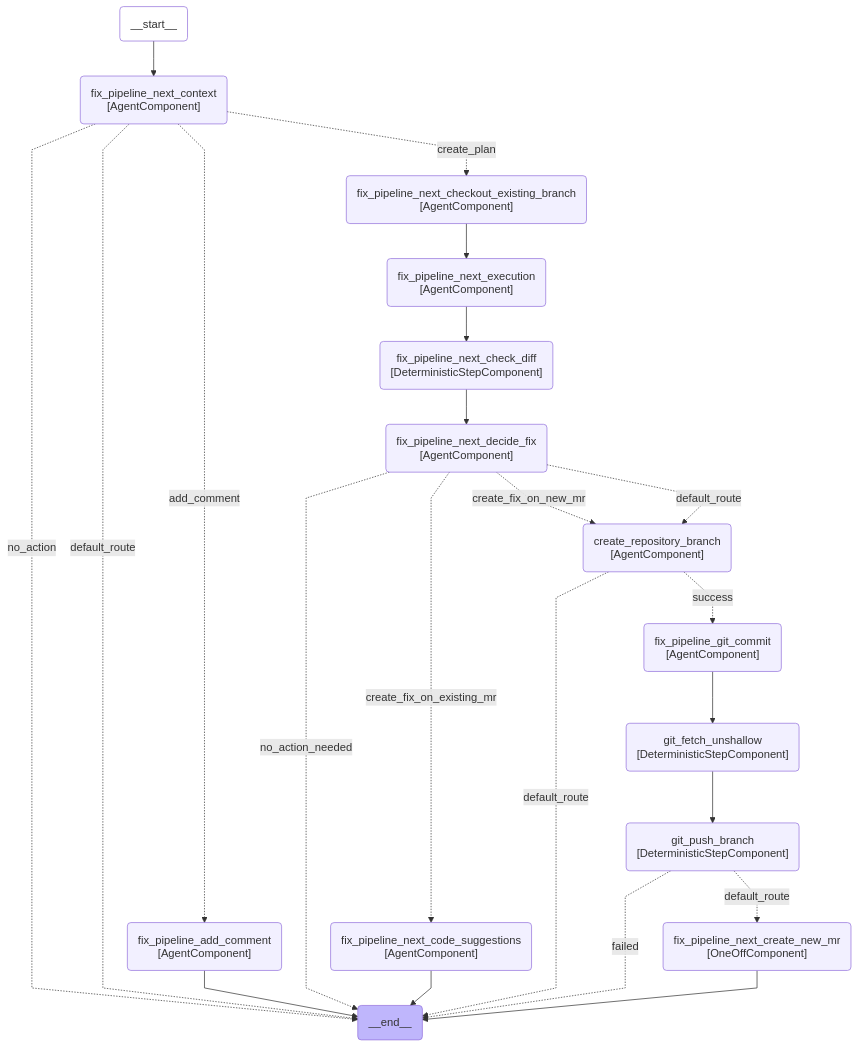
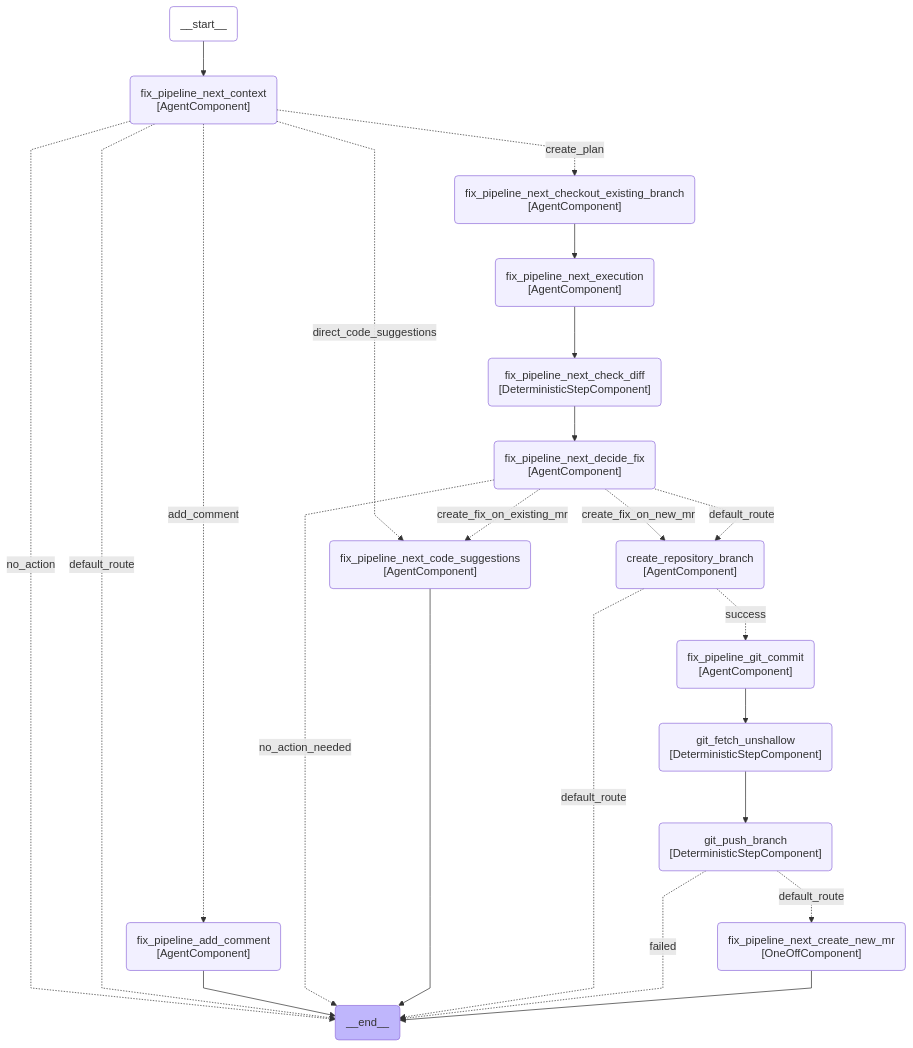
Before and after one commit to movax01h/ai-gateway: diagram 17 of 24 in docs/duo_workflow_service_graphs.md, drawn with Mermaid. The commit also changed 5 other files, not shown here.

Commit message:
fix(fix-pipeline-next): confidence-based routing for direct code suggestions

````diff
--- a/docs/duo_workflow_service_graphs.md
+++ b/docs/duo_workflow_service_graphs.md
@@ -483,46 +483,47 @@
 ```mermaid
 ---
 config:
     flowchart:
         curve: linear
 ---
 graph TD;
     __start__(__start__):::first;
     __end__(__end__):::last;
     __start__ --> fix_pipeline_next_context;
     fix_pipeline_next_context(fix_pipeline_next_context<br>#91;AgentComponent#93;);
     fix_pipeline_next_decide_fix(fix_pipeline_next_decide_fix<br>#91;AgentComponent#93;);
     fix_pipeline_next_code_suggestions(fix_pipeline_next_code_suggestions<br>#91;AgentComponent#93;);
     fix_pipeline_add_comment(fix_pipeline_add_comment<br>#91;AgentComponent#93;);
     create_repository_branch(create_repository_branch<br>#91;AgentComponent#93;);
     fix_pipeline_next_checkout_existing_branch(fix_pipeline_next_checkout_existing_branch<br>#91;AgentComponent#93;);
     fix_pipeline_next_check_diff(fix_pipeline_next_check_diff<br>#91;DeterministicStepComponent#93;);
     fix_pipeline_next_execution(fix_pipeline_next_execution<br>#91;AgentComponent#93;);
     fix_pipeline_git_commit(fix_pipeline_git_commit<br>#91;AgentComponent#93;);
     git_fetch_unshallow(git_fetch_unshallow<br>#91;DeterministicStepComponent#93;);
     git_push_branch(git_push_branch<br>#91;DeterministicStepComponent#93;);
     fix_pipeline_next_create_new_mr(fix_pipeline_next_create_new_mr<br>#91;OneOffComponent#93;);
     fix_pipeline_next_context -.->|add_comment| fix_pipeline_add_comment;
     fix_pipeline_next_context -.->|create_plan| fix_pipeline_next_checkout_existing_branch;
+    fix_pipeline_next_context -.->|direct_code_suggestions| fix_pipeline_next_code_suggestions;
     fix_pipeline_next_context -.->|no_action| __end__;
     fix_pipeline_next_context -.->|default_route| __end__;
     fix_pipeline_next_checkout_existing_branch --> fix_pipeline_next_execution;
     fix_pipeline_add_comment --> __end__;
     fix_pipeline_next_execution --> fix_pipeline_next_check_diff;
     fix_pipeline_next_check_diff --> fix_pipeline_next_decide_fix;
     fix_pipeline_next_decide_fix -.->|create_fix_on_existing_mr| fix_pipeline_next_code_suggestions;
     fix_pipeline_next_decide_fix -.->|create_fix_on_new_mr| create_repository_branch;
     fix_pipeline_next_decide_fix -.->|no_action_needed| __end__;
     fix_pipeline_next_decide_fix -.->|default_route| create_repository_branch;
     fix_pipeline_next_code_suggestions --> __end__;
     create_repository_branch -.->|success| fix_pipeline_git_commit;
     create_repository_branch -.->|default_route| __end__;
     fix_pipeline_git_commit --> git_fetch_unshallow;
     git_fetch_unshallow --> git_push_branch;
     git_push_branch -.->|failed| __end__;
     git_push_branch -.->|default_route| fix_pipeline_next_create_new_mr;
     fix_pipeline_next_create_new_mr --> __end__;
     classDef default fill:#f2f0ff,line-height:1.2;
     classDef first fill-opacity:0;
     classDef last fill:#bfb6fc;
 ```
````
